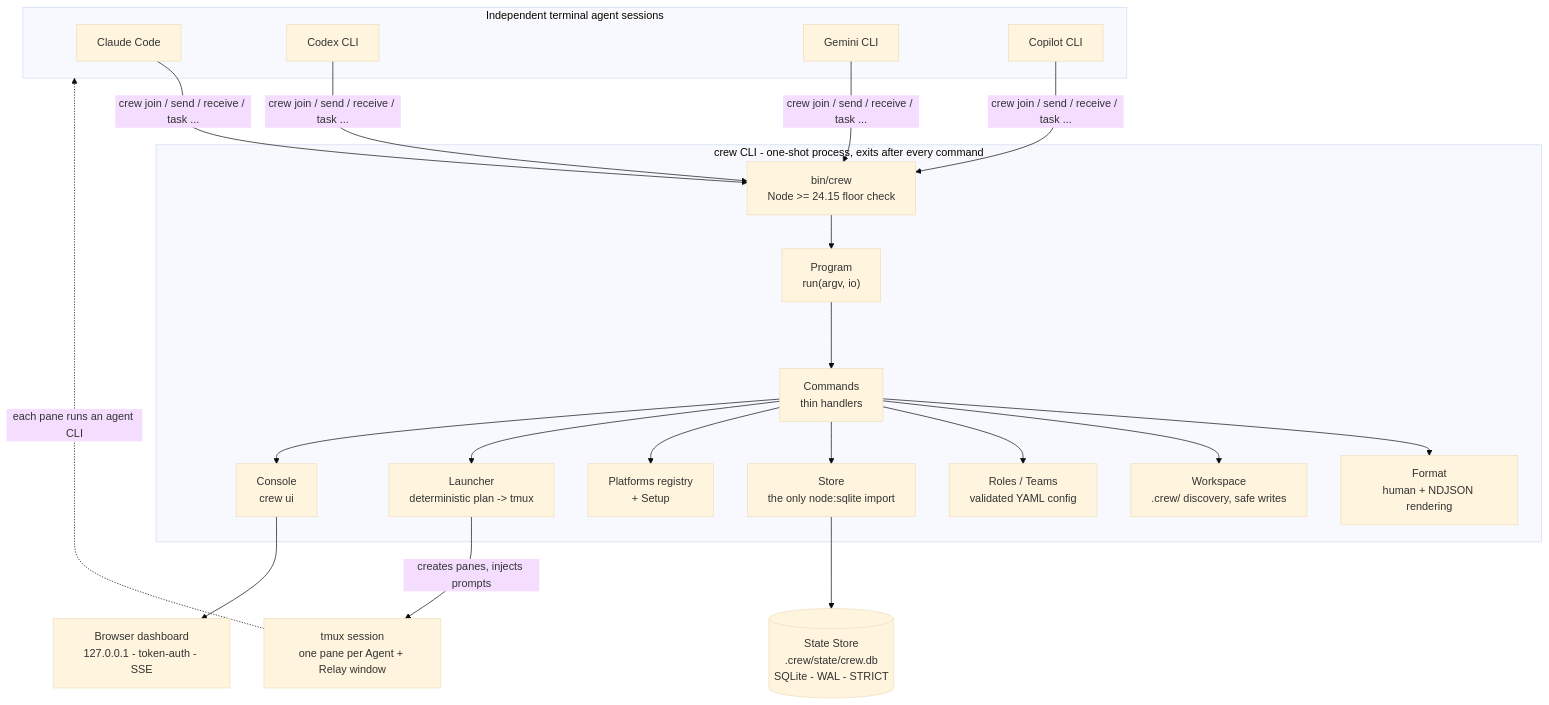
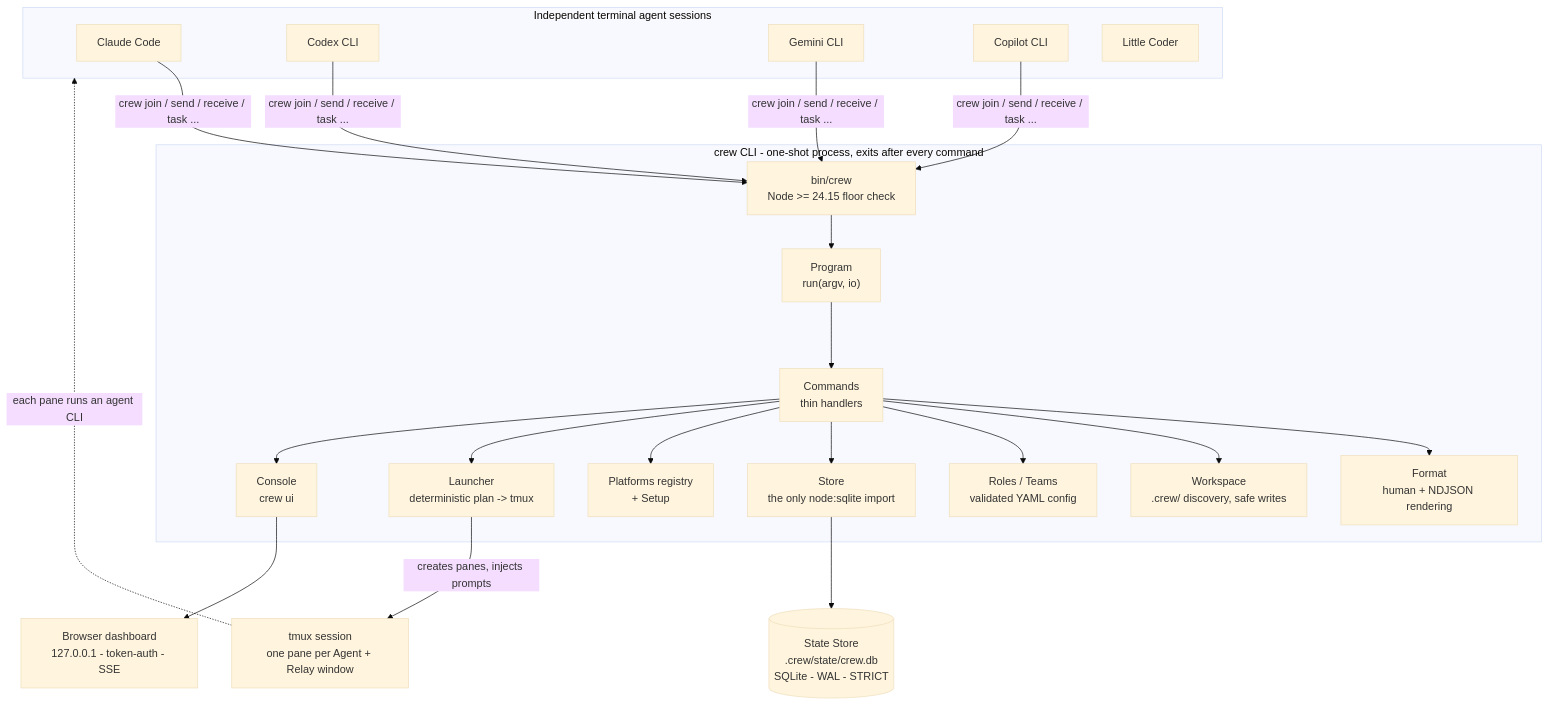
One commit to dichovsky/crew changed the diagram in README.md. Above: the diagram before and after it, drawn with Mermaid (base theme). The commit also changed other lines of this file and 27 other files, not shown here.

Commit message:
Add Little Coder participant engine

````diff
--- a/README.md
+++ b/README.md
@@ -181,40 +181,41 @@
 ```mermaid
 flowchart TB
     subgraph agents["Independent terminal agent sessions"]
         A1["Claude Code"]
         A2["Codex CLI"]
         A3["Gemini CLI"]
         A4["Copilot CLI"]
+        A5["Little Coder"]
     end
 
     subgraph crewcli["crew CLI - one-shot process, exits after every command"]
         BIN["bin/crew<br/>Node >= 24.15 floor check"]
         RUN["Program<br/>run(argv, io)"]
         CMD["Commands<br/>thin handlers"]
         FMT["Format<br/>human + NDJSON rendering"]
         WS["Workspace<br/>.crew/ discovery, safe writes"]
         STORE["Store<br/>the only node:sqlite import"]
         RT["Roles / Teams<br/>validated YAML config"]
         PLAT["Platforms registry<br/>+ Setup"]
         LNCH["Launcher<br/>deterministic plan -> tmux"]
         UI["Console<br/>crew ui"]
     end
 
     DB[("State Store<br/>.crew/state/crew.db<br/>SQLite - WAL - STRICT")]
     TMUX["tmux session<br/>one pane per Agent + Relay window"]
     BROWSER["Browser dashboard<br/>127.0.0.1 - token-auth - SSE"]
 
     A1 & A2 & A3 & A4 -- "crew join / send / receive / task ..." --> BIN
     BIN --> RUN --> CMD
     CMD --> FMT
     CMD --> WS
     CMD --> RT
     CMD --> STORE
     CMD --> PLAT
     CMD --> LNCH
     CMD --> UI
     STORE --> DB
     LNCH -- "creates panes, injects prompts" --> TMUX
     TMUX -. "each pane runs an agent CLI" .-> agents
     UI --> BROWSER
 ```
````
